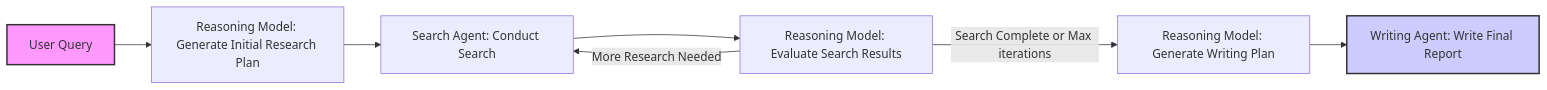
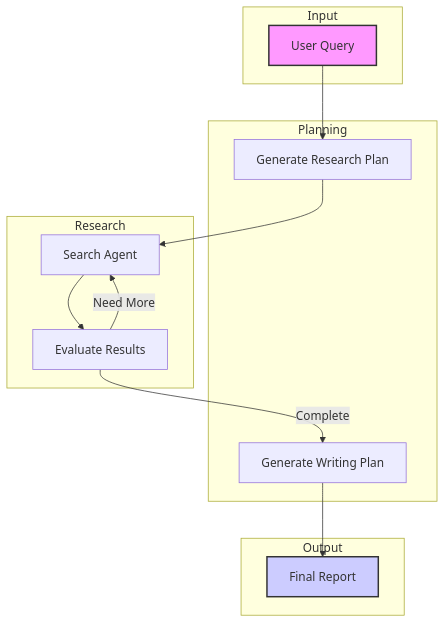
One commit to benhaotang/OpenDeepResearcher-via-searxng changed the diagram in README.md. Above: the diagram before and after it, drawn with Mermaid. The commit also changed other lines of this file and 8 other files, not shown here.

````diff
--- a/README.md
+++ b/README.md
@@ -56,11 +133,27 @@
 ```mermaid
-graph LR;
-    A[User Query] --> B[Reasoning Model: Generate Initial Research Plan]
-    B --> C[Search Agent: Conduct Search]
-    C --> D[Reasoning Model: Evaluate Search Results]
-    D -->|More Research Needed| C
-    D -->|Search Complete or Max iterations| E[Reasoning Model: Generate Writing Plan]
-    E --> F[Writing Agent: Write Final Report]
-    style A fill:#f9f,stroke:#333,stroke-width:2px;
-    style F fill:#ccf,stroke:#333,stroke-width:2px;
+graph TB;
+    subgraph Input
+    A[User Query]
+    end
+    subgraph Planning
+    B[Generate Research Plan]
+    E[Generate Writing Plan]
+    end
+    subgraph Research
+    C[Search Agent]
+    D[Evaluate Results]
+    end
+    subgraph Output
+    F[Final Report]
+    end
+    
+    A --> B
+    B --> C
+    C --> D
+    D -->|Need More| C
+    D -->|Complete| E
+    E --> F
+    
+    style A fill:#f9f,stroke:#333,stroke-width:2px
+    style F fill:#ccf,stroke:#333,stroke-width:2px
 ```
````
